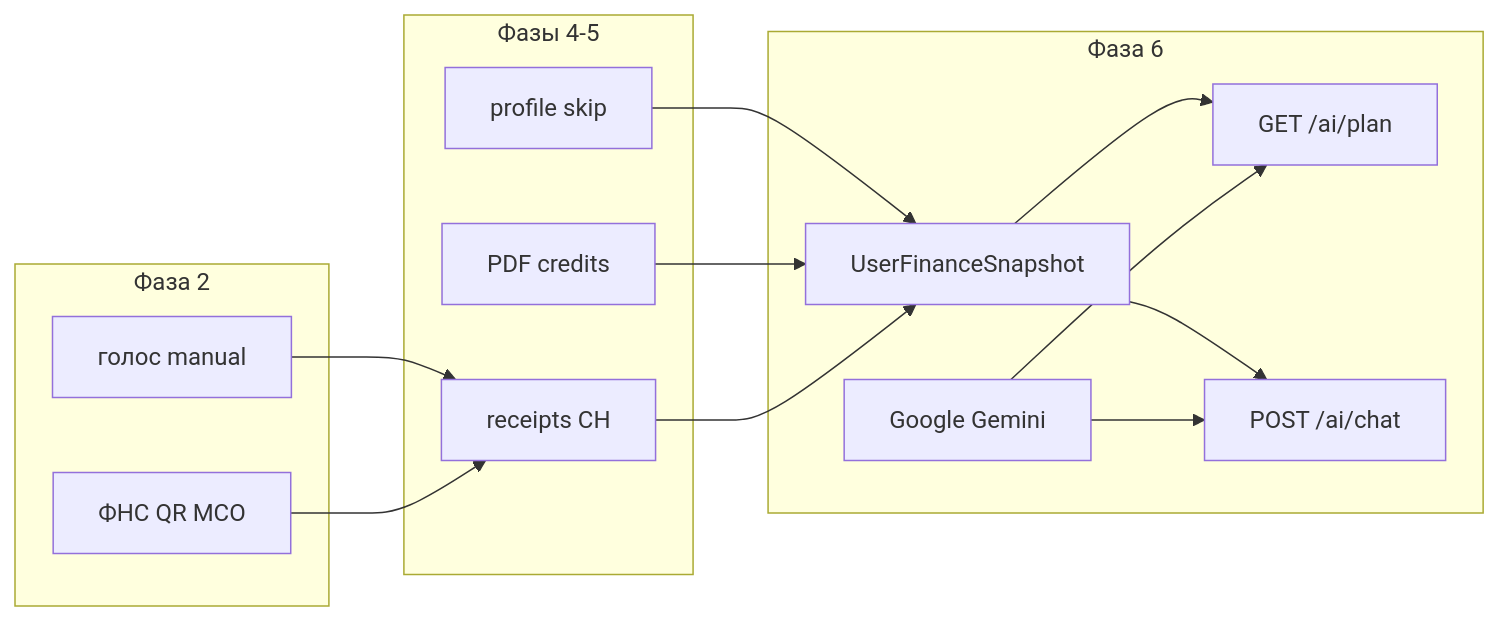
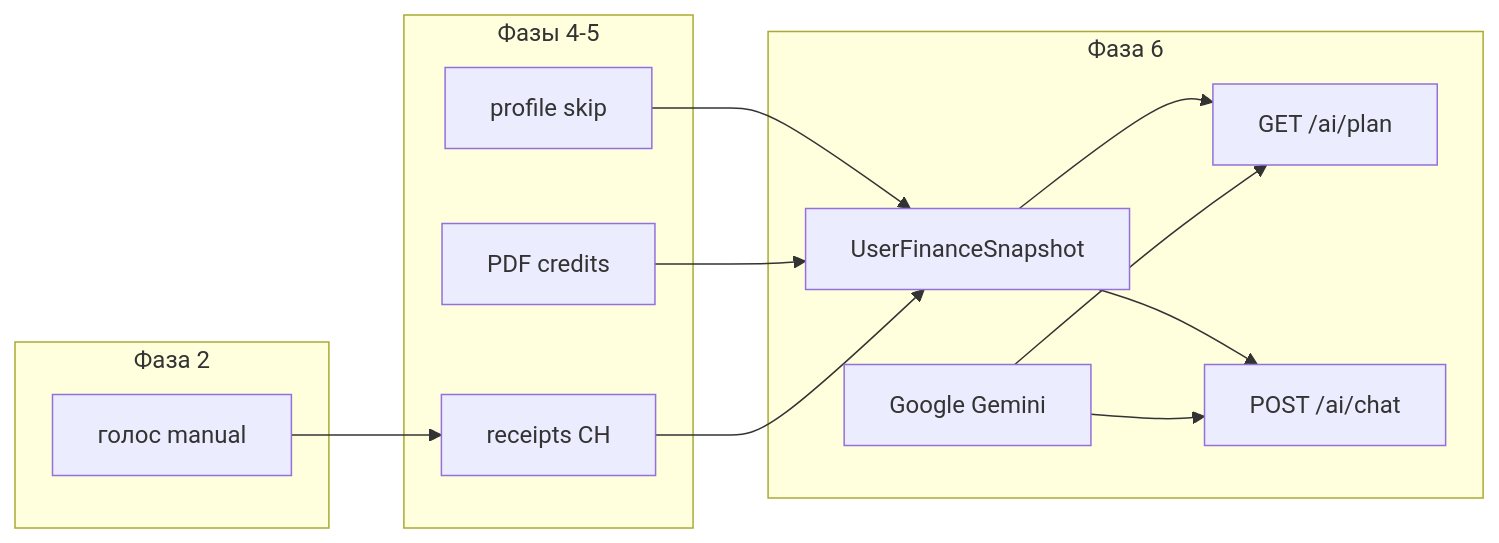
Before and after one commit to Timoxa760/RK_J: the diagram in docs/phases/phases.md, drawn with Mermaid. The commit also changed other lines of this file and 20 other files, not shown here.

````diff
--- a/docs/phases/phases.md
+++ b/docs/phases/phases.md
@@ -83,27 +81,25 @@
 ```mermaid
 flowchart LR
   subgraph ingest [Фаза 2]
     Voice[голос manual]
-    FNS[ФНС QR MCO]
   end
   subgraph data [Фазы 4-5]
     Profile[profile skip]
     Credits[PDF credits]
     Expenses[receipts CH]
   end
   subgraph ai [Фаза 6]
     Snap[UserFinanceSnapshot]
     Plan["GET /ai/plan"]
     Chat["POST /ai/chat"]
     Gemini[Google Gemini]
   end
   Voice --> Expenses
-  FNS --> Expenses
   Profile --> Snap
   Credits --> Snap
   Expenses --> Snap
   Snap --> Plan
   Snap --> Chat
   Gemini --> Plan
   Gemini --> Chat
 ```
````
